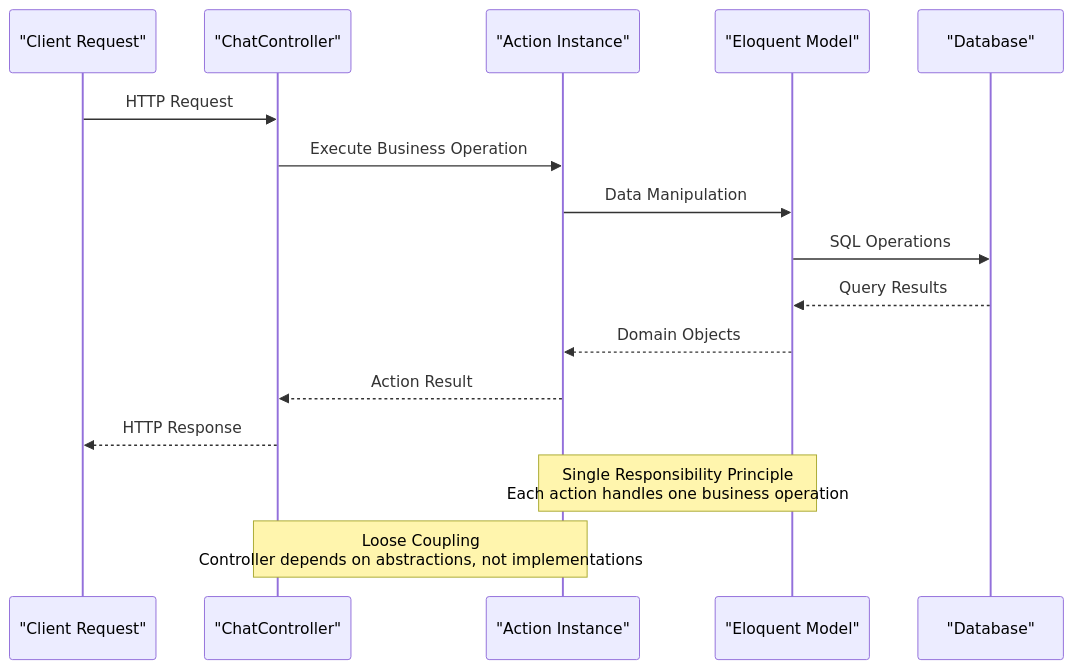
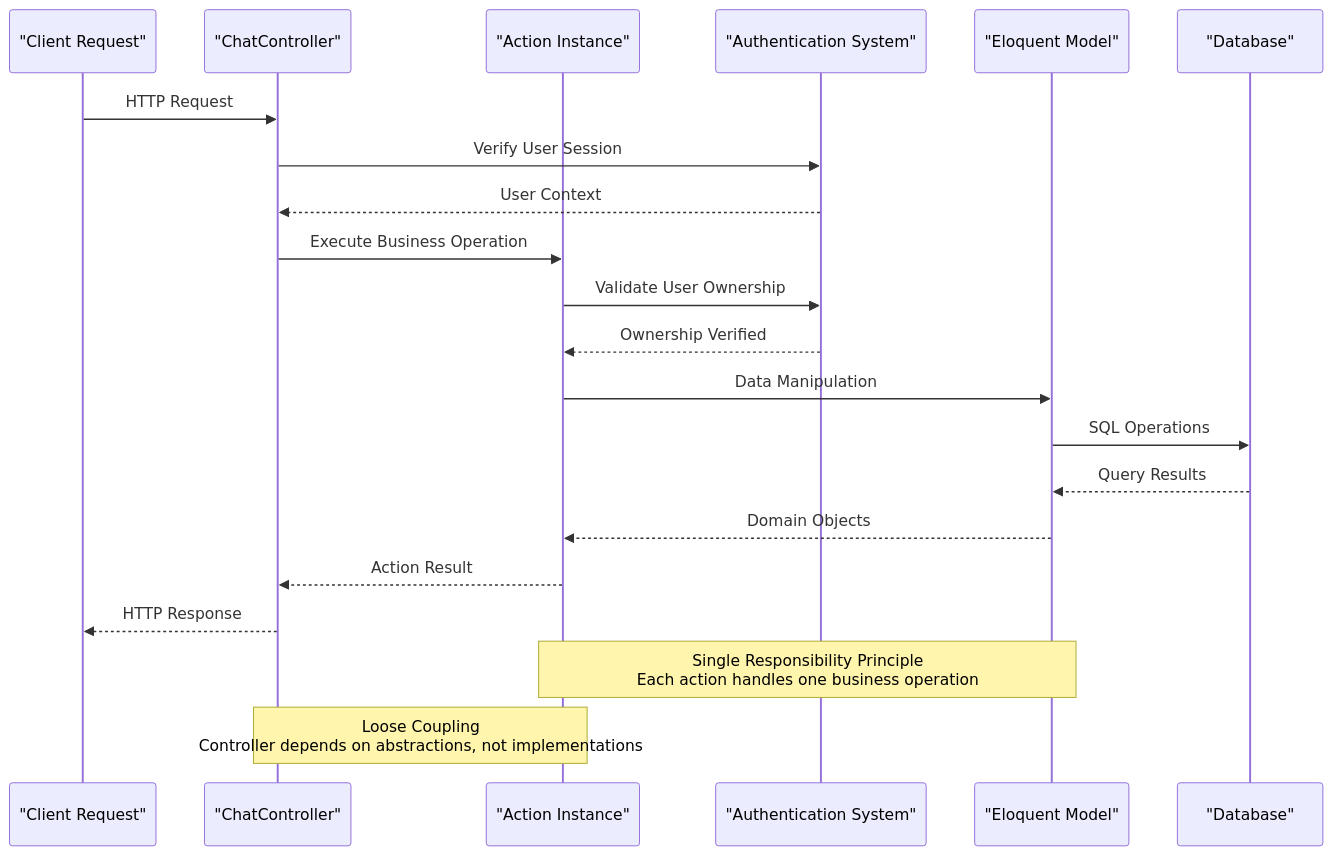
One commit to siimliimand/laravel-assistant changed the second of 9 diagrams in .qoder/repowiki/en/content/Actions Layer Specification.md. Above: the diagram before and after it, drawn with Mermaid. The commit also changed other lines of this file and 5 other files, not shown here.

First line of the commit message:
feat(auth): integrate comprehensive user authentication and ownership validation

````diff
--- a/.qoder/repowiki/en/content/Actions Layer Specification.md
+++ b/.qoder/repowiki/en/content/Actions Layer Specification.md
@@ -154,18 +156,23 @@
 ```mermaid
 sequenceDiagram
 participant Client as "Client Request"
 participant Controller as "ChatController"
 participant Action as "Action Instance"
+participant Auth as "Authentication System"
 participant Model as "Eloquent Model"
 participant Database as "Database"
 Client->>Controller : HTTP Request
+Controller->>Auth : Verify User Session
+Auth-->>Controller : User Context
 Controller->>Action : Execute Business Operation
+Action->>Auth : Validate User Ownership
+Auth-->>Action : Ownership Verified
 Action->>Model : Data Manipulation
 Model->>Database : SQL Operations
 Database-->>Model : Query Results
 Model-->>Action : Domain Objects
 Action-->>Controller : Action Result
 Controller-->>Client : HTTP Response
 Note over Action,Model : Single Responsibility Principle<br/>Each action handles one business operation
 Note over Controller,Action : Loose Coupling<br/>Controller depends on abstractions, not implementations
 ```
````
